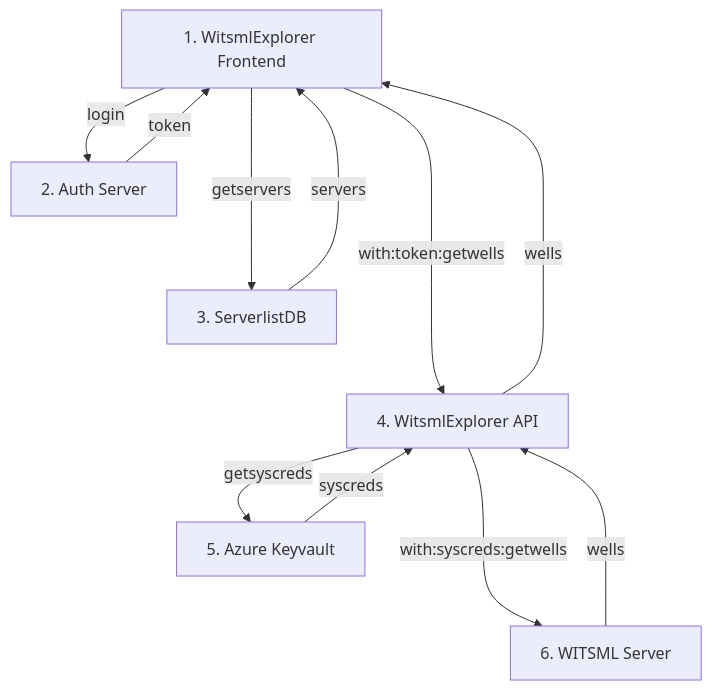
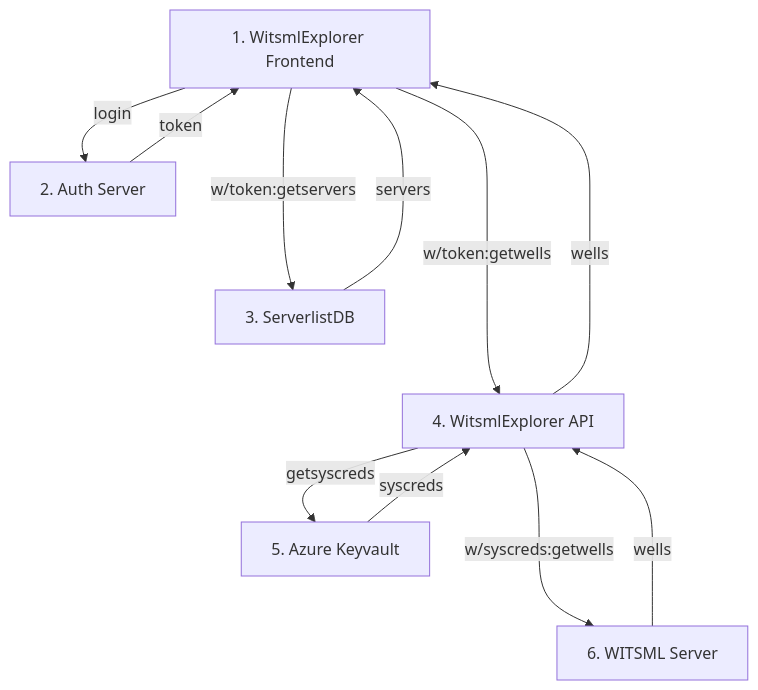
One commit to equinor/witsml-explorer changed the diagram in AUTH.md. Above: the diagram before and after it, drawn with Mermaid. The commit also changed other lines of this file, not shown here.

````diff
--- a/AUTH.md
+++ b/AUTH.md
@@ -151,14 +152,14 @@
 ```mermaid
 
 graph TD
     A[1. WitsmlExplorer Frontend] -->|login| B[2. Auth Server]
     B[2. Auth Server] --> |token| A[WitsmlExplorer Frontend]
-    A[1. WitsmlExplorer Frontend] --->|getservers| G[3. ServerlistDB]
+    A[1. WitsmlExplorer Frontend] --->|w/token:getservers| G[3. ServerlistDB]
     G[3. ServerlistDB] --->|servers| A[itsml-Explorer]
-    A[1. WitsmlExplorer Frontend] ----> |with:token:getwells| H[3. WitsmlExplorer API]
+    A[1. WitsmlExplorer Frontend] ----> |w/token:getwells| H[3. WitsmlExplorer API]
     H[3. WitsmlExplorer API] ----> |wells| A[1. WitsmlExplorer Frontend]  
     H[3. WitsmlExplorer API] --> |getsyscreds| K[5. Azure Keyvault]
     K[5. Azure Keyvault] --> |syscreds| H[3. WitsmlExplorer API]
-    H[3. WitsmlExplorer API] ---> |with:syscreds:getwells| J[6. WITSML Server]
+    H[3. WitsmlExplorer API] ---> |w/syscreds:getwells| J[6. WITSML Server]
     J[6. WITSML Server]  ---> |wells| H[4. WitsmlExplorer API]
 ```
````
